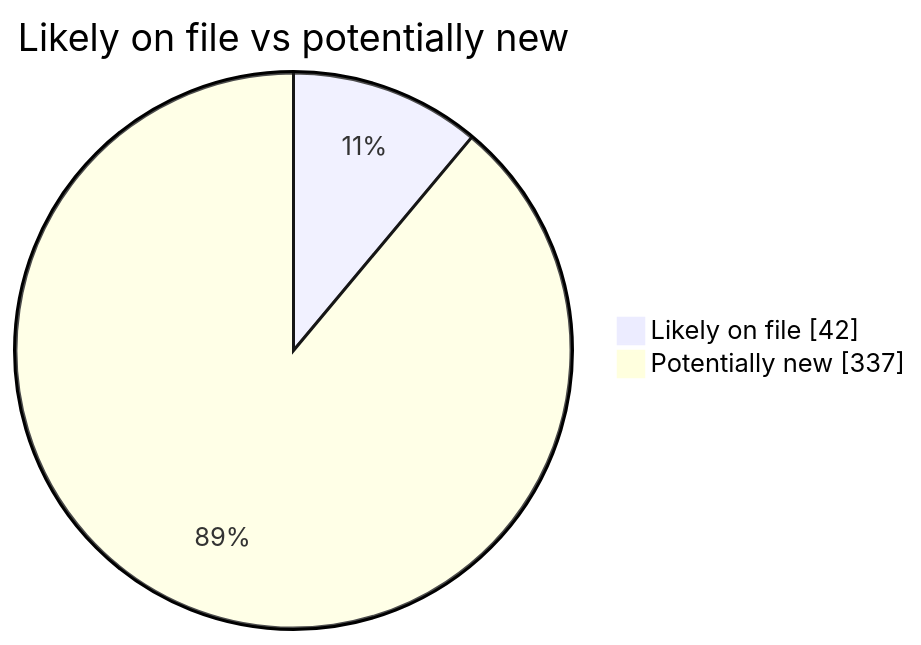
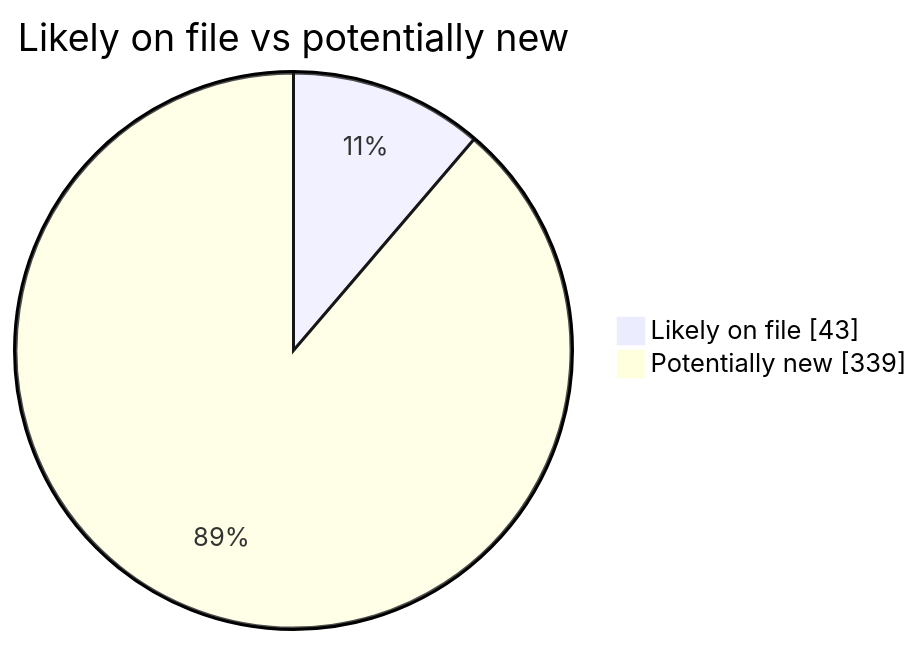
Before and after one commit to martinbalfanz/social-scanner-reports: the second of 4 diagrams in README.md, drawn with Mermaid. The commit also changed other lines of this file and 4 other files, not shown here.

````diff
--- a/README.md
+++ b/README.md
@@ -40,5 +40,5 @@
 ```mermaid
 pie showData title Likely on file vs potentially new
-    "Likely on file" : 42
-    "Potentially new" : 337
+    "Likely on file" : 43
+    "Potentially new" : 339
 ```
````
